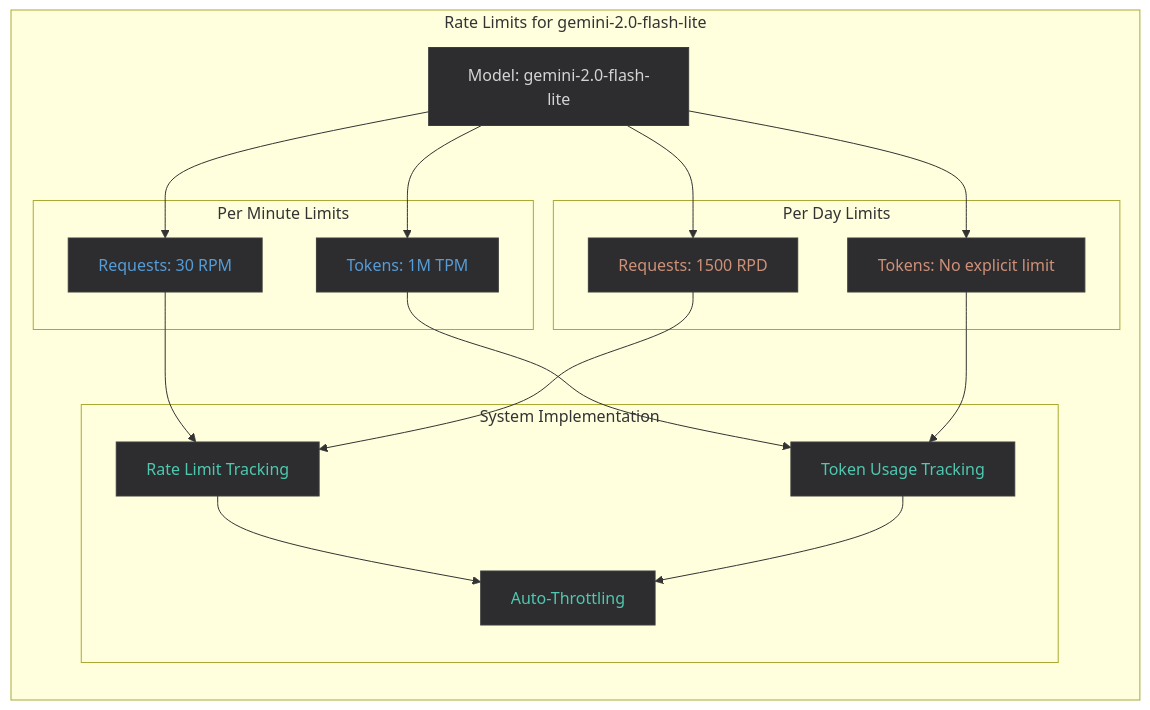
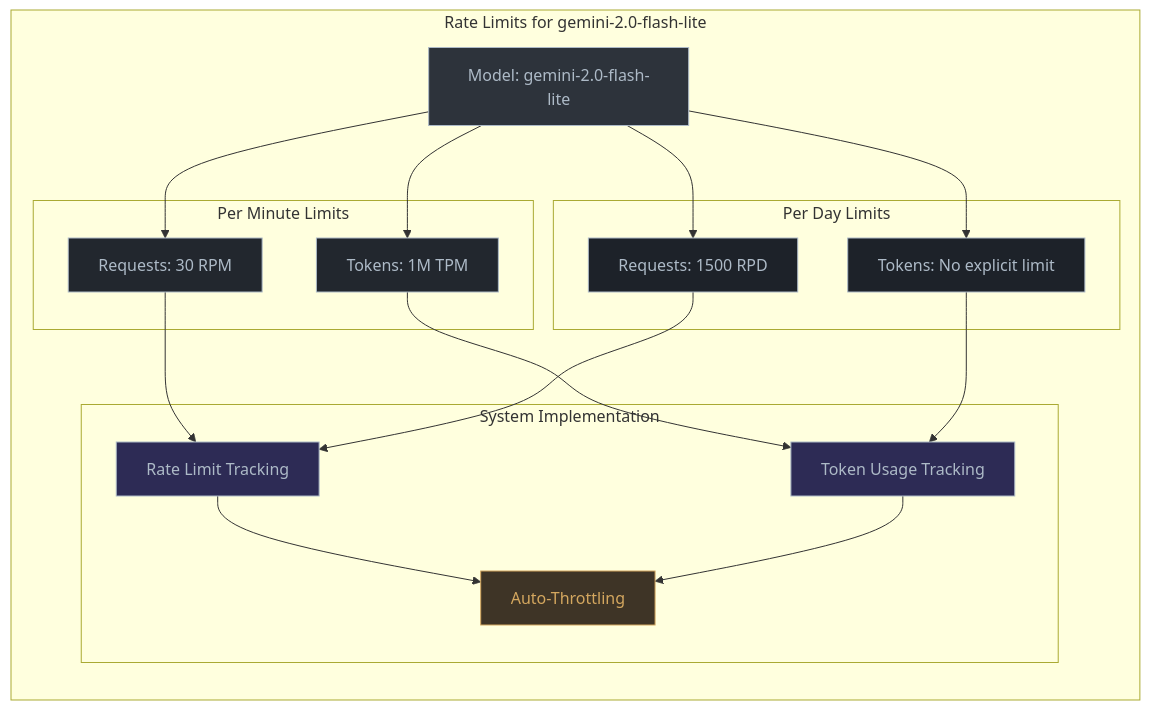
The diagram in src/config/rate-limits.mmd (judithsanchez/scoutly), drawn with Mermaid before and after one commit. The commit also changed 6 other files, not shown here.

First line of the commit message:
Task 8: Clean up Mermaid diagrams - removed 3 redundant/outdated diagrams, standardized styling

```diff
--- a/src/config/rate-limits.mmd
+++ b/src/config/rate-limits.mmd
@@ -1,42 +1,42 @@
 graph TB
     subgraph "Rate Limits for gemini-2.0-flash-lite"
         direction TB
         A[Model: gemini-2.0-flash-lite]
         
         subgraph "Per Minute Limits"
             B[Requests: 30 RPM]
             C[Tokens: 1M TPM]
         end
         
         subgraph "Per Day Limits"
             D[Requests: 1500 RPD]
             E[Tokens: No explicit limit]
         end
         
         A --> B
         A --> C
         A --> D
         A --> E
 
         subgraph "System Implementation"
             F[Rate Limit Tracking]
             G[Token Usage Tracking]
             H[Auto-Throttling]
         end
 
         B --> F
         C --> G
         D --> F
         E --> G
         F --> H
         G --> H
     end
 
-    style A fill:#2d2d30,stroke:#3c3c3c,color:#d4d4d4
-    style B fill:#2d2d30,stroke:#3c3c3c,color:#569cd6
-    style C fill:#2d2d30,stroke:#3c3c3c,color:#569cd6
-    style D fill:#2d2d30,stroke:#3c3c3c,color:#ce9178
-    style E fill:#2d2d30,stroke:#3c3c3c,color:#ce9178
-    style F fill:#2d2d30,stroke:#3c3c3c,color:#4ec9b0
-    style G fill:#2d2d30,stroke:#3c3c3c,color:#4ec9b0
-    style H fill:#2d2d30,stroke:#3c3c3c,color:#4ec9b0
+    style A fill:#2d333b,stroke:#adbac7,stroke-width:1px,color:#adbac7
+    style B fill:#22272e,stroke:#adbac7,stroke-width:1px,color:#adbac7
+    style C fill:#22272e,stroke:#adbac7,stroke-width:1px,color:#adbac7
+    style D fill:#1d2229,stroke:#adbac7,stroke-width:1px,color:#adbac7
+    style E fill:#1d2229,stroke:#adbac7,stroke-width:1px,color:#adbac7
+    style F fill:#2d2b55,stroke:#adbac7,stroke-width:1px,color:#adbac7
+    style G fill:#2d2b55,stroke:#adbac7,stroke-width:1px,color:#adbac7
+    style H fill:#3e3426,stroke:#d4a75f,stroke-width:1px,color:#d4a75f
```
